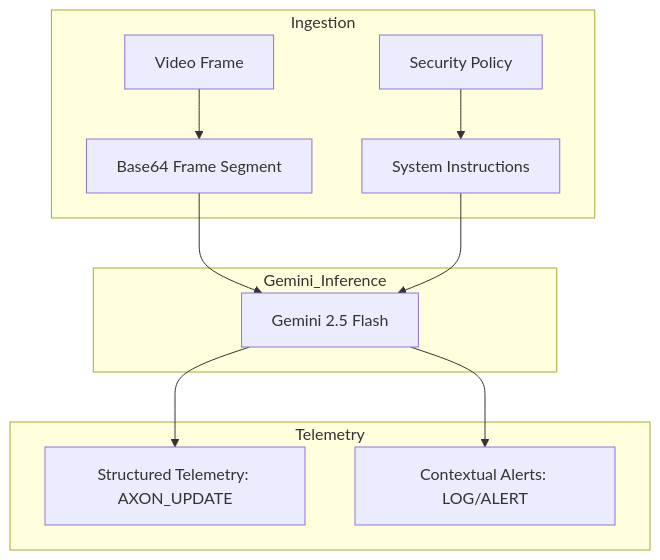
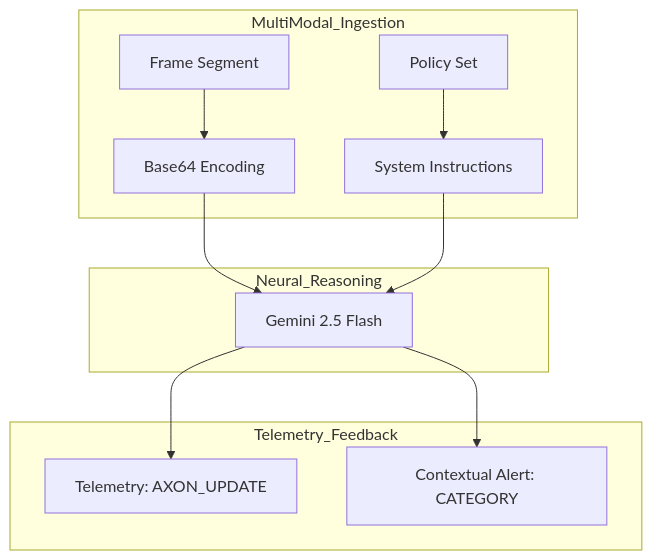
One commit to ritvikindupuri/FSD_Security changed the third of 3 diagrams in documentation.md. Above: the diagram before and after it, drawn with Mermaid. The commit also changed other lines of this file, not shown here.

````diff
--- a/documentation.md
+++ b/documentation.md
@@ -96,17 +110,17 @@
 ```mermaid
 graph TD
-    subgraph Ingestion
-    V[Video Frame] --> B64[Base64 Frame Segment]
-    P[Security Policy] --> SI[System Instructions]
+    subgraph MultiModal_Ingestion
+    V[Frame Segment] --> B64[Base64 Encoding]
+    P[Policy Set] --> SI[System Instructions]
     end
     
-    subgraph Gemini_Inference
+    subgraph Neural_Reasoning
     B64 --> G25[Gemini 2.5 Flash]
     SI --> G25
     end
     
-    subgraph Telemetry
-    G25 --> TS[Structured Telemetry: AXON_UPDATE]
-    G25 --> AL[Contextual Alerts: LOG/ALERT]
+    subgraph Telemetry_Feedback
+    G25 --> TS[Telemetry: AXON_UPDATE]
+    G25 --> AL[Contextual Alert: CATEGORY]
     end
 ```
````
